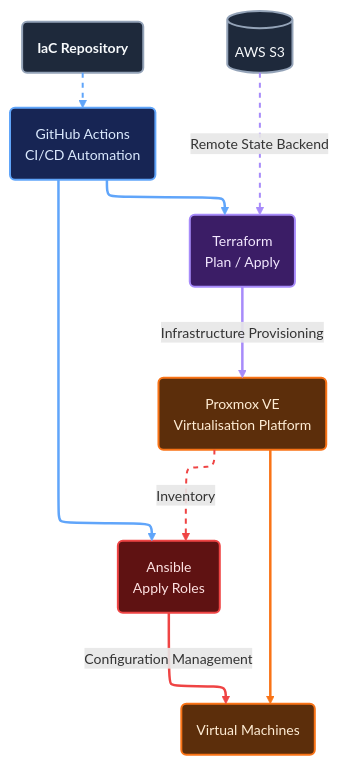
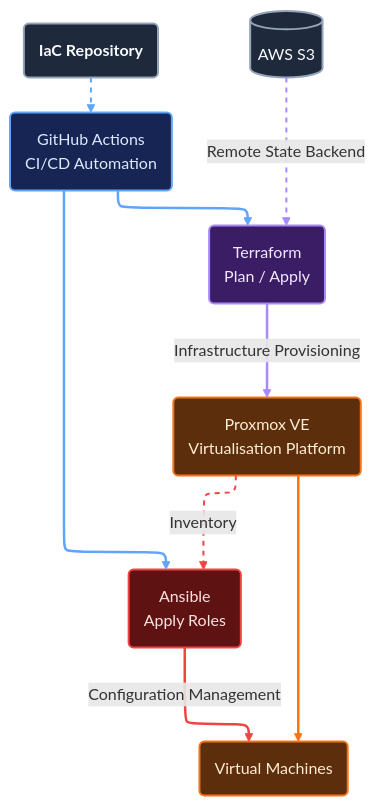
Before and after one commit to rauland/iac: the diagram in README.md, drawn with Mermaid.

````diff
--- a/README.md
+++ b/README.md
@@ -10,60 +10,54 @@
 ```mermaid
 ---
 config:
   layout: elk
   theme: classic
   themeVariables:
-    background: #0B1120
     fontFamily: Inter, Arial, sans-serif
-    fontSize: 14px
-    lineColor: #64748B
-    textColor: #E2E8F0
-    clusterBkg: #111827
-    clusterBorder: #334155
   look: Neo
   flowchart:
     curve: basis
     htmlLabels: true
 ---
 graph TD
     repo("<b>IaC Repository")
     actions("GitHub Actions<br/>CI/CD Automation")
     tf("Terraform<br/>Plan / Apply")
     s3[("AWS S3")]
     pve("Proxmox VE<br/>Virtualisation Platform")
     ansible("Ansible<br/>Apply Roles")
     vms("Virtual Machines")
 
     repo --> actions
     actions --> tf
     actions --> ansible
     s3 -->|Remote State Backend| tf
     tf -->|Infrastructure Provisioning| pve
     pve --> vms
     pve -->|Inventory| ansible
     ansible -->|Configuration Management| vms
 
     classDef cloud fill:#1E293B,stroke:#94A3B8,color:#F8FAFC,stroke-width:2px
     classDef cicd fill:#172554,stroke:#60A5FA,color:#DBEAFE,stroke-width:2px
     classDef terraform fill:#3B1D66,stroke:#A78BFA,color:#F3E8FF,stroke-width:2px
     classDef ansible fill:#5F1212,stroke:#EF4444,color:#FEE2E2,stroke-width:2px
     classDef infra fill:#5C2E0B,stroke:#F97316,color:#FFEDD5,stroke-width:2px
 
     class repo cloud
     class actions cicd
     class tf terraform
     class ansible ansible
     class pve infra
     class s3 cloud
     class vms infra
 
     linkStyle 0 stroke:#60A5FA,stroke-width:2px,stroke-dasharray:5 5
     linkStyle 1 stroke:#60A5FA,stroke-width:2.5px
     linkStyle 2 stroke:#60A5FA,stroke-width:2.5px
     linkStyle 3 stroke:#A78BFA,stroke-width:2px,stroke-dasharray:5 5
     linkStyle 4 stroke:#A78BFA,stroke-width:2.5px
     linkStyle 5 stroke:#F97316,stroke-width:2.5px
     linkStyle 6 stroke:#EF4444,stroke-width:2px,stroke-dasharray:5 5
     linkStyle 7 stroke:#EF4444,stroke-width:2.5px
 
 ```
````
